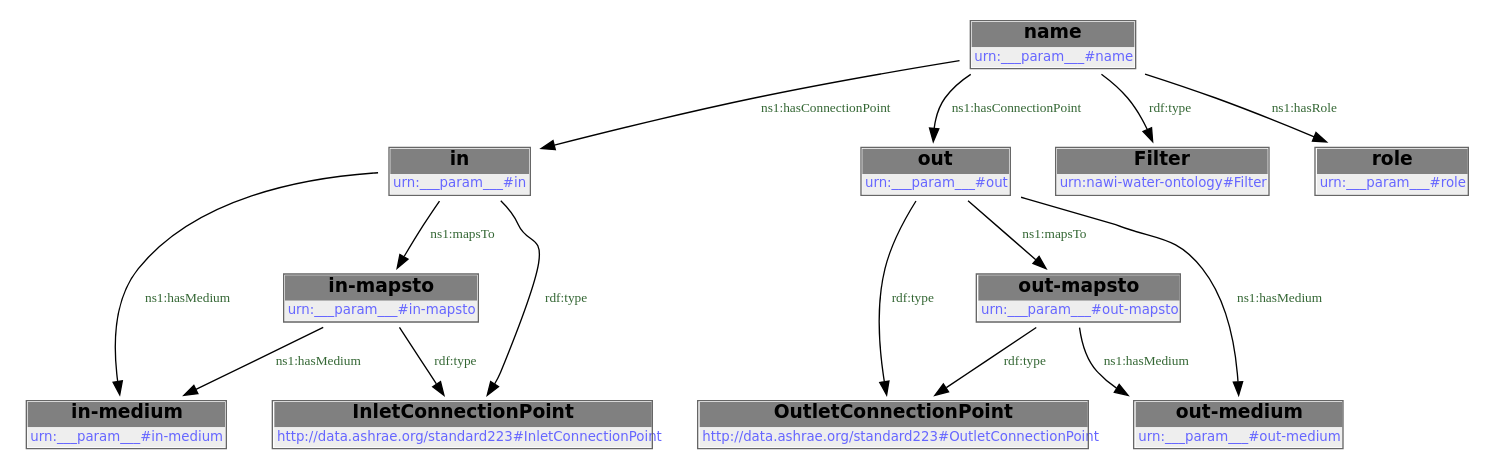
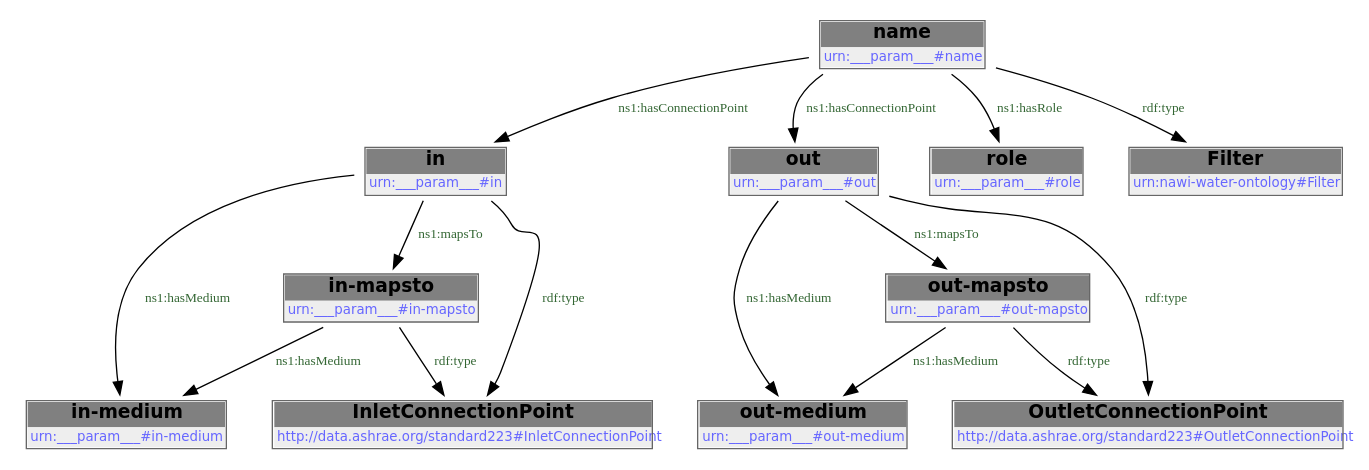
Before and after one commit to DataDrivenCPS/water-ontology: the second of 2 diagrams in docs/libraries/templates/filter.rst, drawn with Graphviz. The commit also changed other lines of this file and 33 other files, not shown here.

```diff
--- a/docs/libraries/templates/filter.rst
+++ b/docs/libraries/templates/filter.rst
@@ -96,30 +96,30 @@
         .. graphviz::
 
                 digraph G {
             node [fontname="DejaVu Sans"];
             node0 -> node1 [color=BLACK, label=< <font point-size='10' color='#336633'>ns1:hasMedium</font> >];
-            node0 -> node2 [color=BLACK, label=< <font point-size='10' color='#336633'>ns1:mapsTo</font> >];
-            node3 -> node4 [color=BLACK, label=< <font point-size='10' color='#336633'>rdf:type</font> >];
-            node5 -> node0 [color=BLACK, label=< <font point-size='10' color='#336633'>ns1:hasConnectionPoint</font> >];
-            node6 -> node7 [color=BLACK, label=< <font point-size='10' color='#336633'>ns1:hasMedium</font> >];
-            node5 -> node8 [color=BLACK, label=< <font point-size='10' color='#336633'>rdf:type</font> >];
-            node2 -> node1 [color=BLACK, label=< <font point-size='10' color='#336633'>ns1:hasMedium</font> >];
-            node6 -> node3 [color=BLACK, label=< <font point-size='10' color='#336633'>ns1:mapsTo</font> >];
-            node3 -> node7 [color=BLACK, label=< <font point-size='10' color='#336633'>ns1:hasMedium</font> >];
-            node0 -> node9 [color=BLACK, label=< <font point-size='10' color='#336633'>rdf:type</font> >];
-            node5 -> node6 [color=BLACK, label=< <font point-size='10' color='#336633'>ns1:hasConnectionPoint</font> >];
-            node6 -> node4 [color=BLACK, label=< <font point-size='10' color='#336633'>rdf:type</font> >];
+            node2 -> node3 [color=BLACK, label=< <font point-size='10' color='#336633'>ns1:hasMedium</font> >];
+            node4 -> node2 [color=BLACK, label=< <font point-size='10' color='#336633'>ns1:hasConnectionPoint</font> >];
+            node4 -> node5 [color=BLACK, label=< <font point-size='10' color='#336633'>ns1:hasConnectionPoint</font> >];
+            node6 -> node3 [color=BLACK, label=< <font point-size='10' color='#336633'>ns1:hasMedium</font> >];
+            node4 -> node7 [color=BLACK, label=< <font point-size='10' color='#336633'>ns1:hasRole</font> >];
+            node5 -> node1 [color=BLACK, label=< <font point-size='10' color='#336633'>ns1:hasMedium</font> >];
+            node5 -> node0 [color=BLACK, label=< <font point-size='10' color='#336633'>ns1:mapsTo</font> >];
+            node4 -> node8 [color=BLACK, label=< <font point-size='10' color='#336633'>rdf:type</font> >];
             node2 -> node9 [color=BLACK, label=< <font point-size='10' color='#336633'>rdf:type</font> >];
-            node5 -> node10 [color=BLACK, label=< <font point-size='10' color='#336633'>ns1:hasRole</font> >];
-            node0 [shape=none, color=black, label=< <table color='#666666' cellborder='0' cellspacing='0' border='1'><tr><td colspan='2' bgcolor='grey'><B>in</B></td></tr><tr><td href='urn:___param___#in' bgcolor='#eeeeee' colspan='2'><font point-size='10' color='#6666ff'>urn:___param___#in</font></td></tr></table> >];
-            node1 [shape=none, color=black, label=< <table color='#666666' cellborder='0' cellspacing='0' border='1'><tr><td colspan='2' bgcolor='grey'><B>in-medium</B></td></tr><tr><td href='urn:___param___#in-medium' bgcolor='#eeeeee' colspan='2'><font point-size='10' color='#6666ff'>urn:___param___#in-medium</font></td></tr></table> >];
-            node2 [shape=none, color=black, label=< <table color='#666666' cellborder='0' cellspacing='0' border='1'><tr><td colspan='2' bgcolor='grey'><B>in-mapsto</B></td></tr><tr><td href='urn:___param___#in-mapsto' bgcolor='#eeeeee' colspan='2'><font point-size='10' color='#6666ff'>urn:___param___#in-mapsto</font></td></tr></table> >];
-            node3 [shape=none, color=black, label=< <table color='#666666' cellborder='0' cellspacing='0' border='1'><tr><td colspan='2' bgcolor='grey'><B>out-mapsto</B></td></tr><tr><td href='urn:___param___#out-mapsto' bgcolor='#eeeeee' colspan='2'><font point-size='10' color='#6666ff'>urn:___param___#out-mapsto</font></td></tr></table> >];
-            node4 [shape=none, color=black, label=< <table color='#666666' cellborder='0' cellspacing='0' border='1'><tr><td colspan='2' bgcolor='grey'><B>OutletConnectionPoint</B></td></tr><tr><td href='http://data.ashrae.org/standard223#OutletConnectionPoint' bgcolor='#eeeeee' colspan='2'><font point-size='10' color='#6666ff'>http://data.ashrae.org/standard223#OutletConnectionPoint</font></td></tr></table> >];
-            node5 [shape=none, color=black, label=< <table color='#666666' cellborder='0' cellspacing='0' border='1'><tr><td colspan='2' bgcolor='grey'><B>name</B></td></tr><tr><td href='urn:___param___#name' bgcolor='#eeeeee' colspan='2'><font point-size='10' color='#6666ff'>urn:___param___#name</font></td></tr></table> >];
-            node6 [shape=none, color=black, label=< <table color='#666666' cellborder='0' cellspacing='0' border='1'><tr><td colspan='2' bgcolor='grey'><B>out</B></td></tr><tr><td href='urn:___param___#out' bgcolor='#eeeeee' colspan='2'><font point-size='10' color='#6666ff'>urn:___param___#out</font></td></tr></table> >];
-            node7 [shape=none, color=black, label=< <table color='#666666' cellborder='0' cellspacing='0' border='1'><tr><td colspan='2' bgcolor='grey'><B>out-medium</B></td></tr><tr><td href='urn:___param___#out-medium' bgcolor='#eeeeee' colspan='2'><font point-size='10' color='#6666ff'>urn:___param___#out-medium</font></td></tr></table> >];
+            node0 -> node10 [color=BLACK, label=< <font point-size='10' color='#336633'>rdf:type</font> >];
+            node6 -> node9 [color=BLACK, label=< <font point-size='10' color='#336633'>rdf:type</font> >];
+            node2 -> node6 [color=BLACK, label=< <font point-size='10' color='#336633'>ns1:mapsTo</font> >];
+            node5 -> node10 [color=BLACK, label=< <font point-size='10' color='#336633'>rdf:type</font> >];
+            node0 [shape=none, color=black, label=< <table color='#666666' cellborder='0' cellspacing='0' border='1'><tr><td colspan='2' bgcolor='grey'><B>out-mapsto</B></td></tr><tr><td href='urn:___param___#out-mapsto' bgcolor='#eeeeee' colspan='2'><font point-size='10' color='#6666ff'>urn:___param___#out-mapsto</font></td></tr></table> >];
+            node1 [shape=none, color=black, label=< <table color='#666666' cellborder='0' cellspacing='0' border='1'><tr><td colspan='2' bgcolor='grey'><B>out-medium</B></td></tr><tr><td href='urn:___param___#out-medium' bgcolor='#eeeeee' colspan='2'><font point-size='10' color='#6666ff'>urn:___param___#out-medium</font></td></tr></table> >];
+            node2 [shape=none, color=black, label=< <table color='#666666' cellborder='0' cellspacing='0' border='1'><tr><td colspan='2' bgcolor='grey'><B>in</B></td></tr><tr><td href='urn:___param___#in' bgcolor='#eeeeee' colspan='2'><font point-size='10' color='#6666ff'>urn:___param___#in</font></td></tr></table> >];
+            node3 [shape=none, color=black, label=< <table color='#666666' cellborder='0' cellspacing='0' border='1'><tr><td colspan='2' bgcolor='grey'><B>in-medium</B></td></tr><tr><td href='urn:___param___#in-medium' bgcolor='#eeeeee' colspan='2'><font point-size='10' color='#6666ff'>urn:___param___#in-medium</font></td></tr></table> >];
+            node4 [shape=none, color=black, label=< <table color='#666666' cellborder='0' cellspacing='0' border='1'><tr><td colspan='2' bgcolor='grey'><B>name</B></td></tr><tr><td href='urn:___param___#name' bgcolor='#eeeeee' colspan='2'><font point-size='10' color='#6666ff'>urn:___param___#name</font></td></tr></table> >];
+            node5 [shape=none, color=black, label=< <table color='#666666' cellborder='0' cellspacing='0' border='1'><tr><td colspan='2' bgcolor='grey'><B>out</B></td></tr><tr><td href='urn:___param___#out' bgcolor='#eeeeee' colspan='2'><font point-size='10' color='#6666ff'>urn:___param___#out</font></td></tr></table> >];
+            node6 [shape=none, color=black, label=< <table color='#666666' cellborder='0' cellspacing='0' border='1'><tr><td colspan='2' bgcolor='grey'><B>in-mapsto</B></td></tr><tr><td href='urn:___param___#in-mapsto' bgcolor='#eeeeee' colspan='2'><font point-size='10' color='#6666ff'>urn:___param___#in-mapsto</font></td></tr></table> >];
+            node7 [shape=none, color=black, label=< <table color='#666666' cellborder='0' cellspacing='0' border='1'><tr><td colspan='2' bgcolor='grey'><B>role</B></td></tr><tr><td href='urn:___param___#role' bgcolor='#eeeeee' colspan='2'><font point-size='10' color='#6666ff'>urn:___param___#role</font></td></tr></table> >];
             node8 [shape=none, color=black, label=< <table color='#666666' cellborder='0' cellspacing='0' border='1'><tr><td colspan='2' bgcolor='grey'><B>Filter</B></td></tr><tr><td href='urn:nawi-water-ontology#Filter' bgcolor='#eeeeee' colspan='2'><font point-size='10' color='#6666ff'>urn:nawi-water-ontology#Filter</font></td></tr></table> >];
             node9 [shape=none, color=black, label=< <table color='#666666' cellborder='0' cellspacing='0' border='1'><tr><td colspan='2' bgcolor='grey'><B>InletConnectionPoint</B></td></tr><tr><td href='http://data.ashrae.org/standard223#InletConnectionPoint' bgcolor='#eeeeee' colspan='2'><font point-size='10' color='#6666ff'>http://data.ashrae.org/standard223#InletConnectionPoint</font></td></tr></table> >];
-            node10 [shape=none, color=black, label=< <table color='#666666' cellborder='0' cellspacing='0' border='1'><tr><td colspan='2' bgcolor='grey'><B>role</B></td></tr><tr><td href='urn:___param___#role' bgcolor='#eeeeee' colspan='2'><font point-size='10' color='#6666ff'>urn:___param___#role</font></td></tr></table> >];
+            node10 [shape=none, color=black, label=< <table color='#666666' cellborder='0' cellspacing='0' border='1'><tr><td colspan='2' bgcolor='grey'><B>OutletConnectionPoint</B></td></tr><tr><td href='http://data.ashrae.org/standard223#OutletConnectionPoint' bgcolor='#eeeeee' colspan='2'><font point-size='10' color='#6666ff'>http://data.ashrae.org/standard223#OutletConnectionPoint</font></td></tr></table> >];
             }
```
